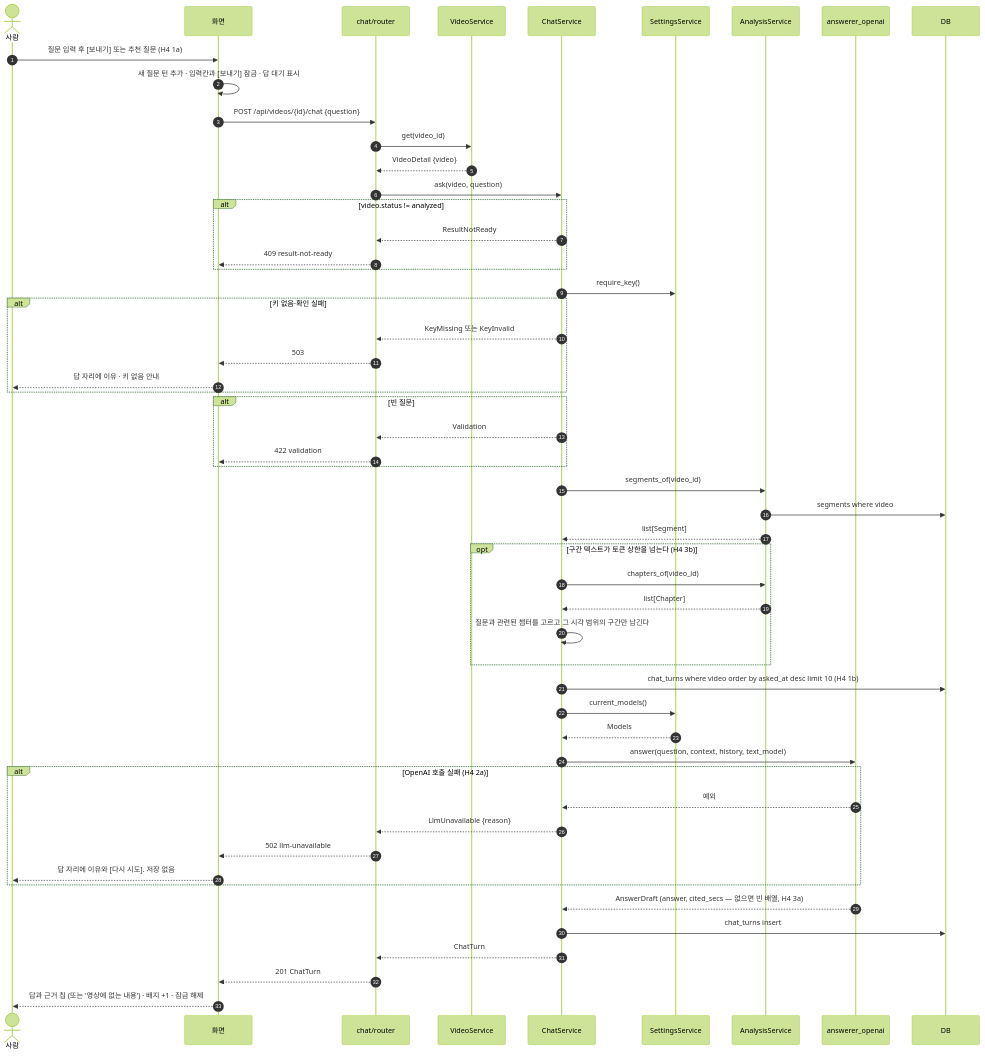
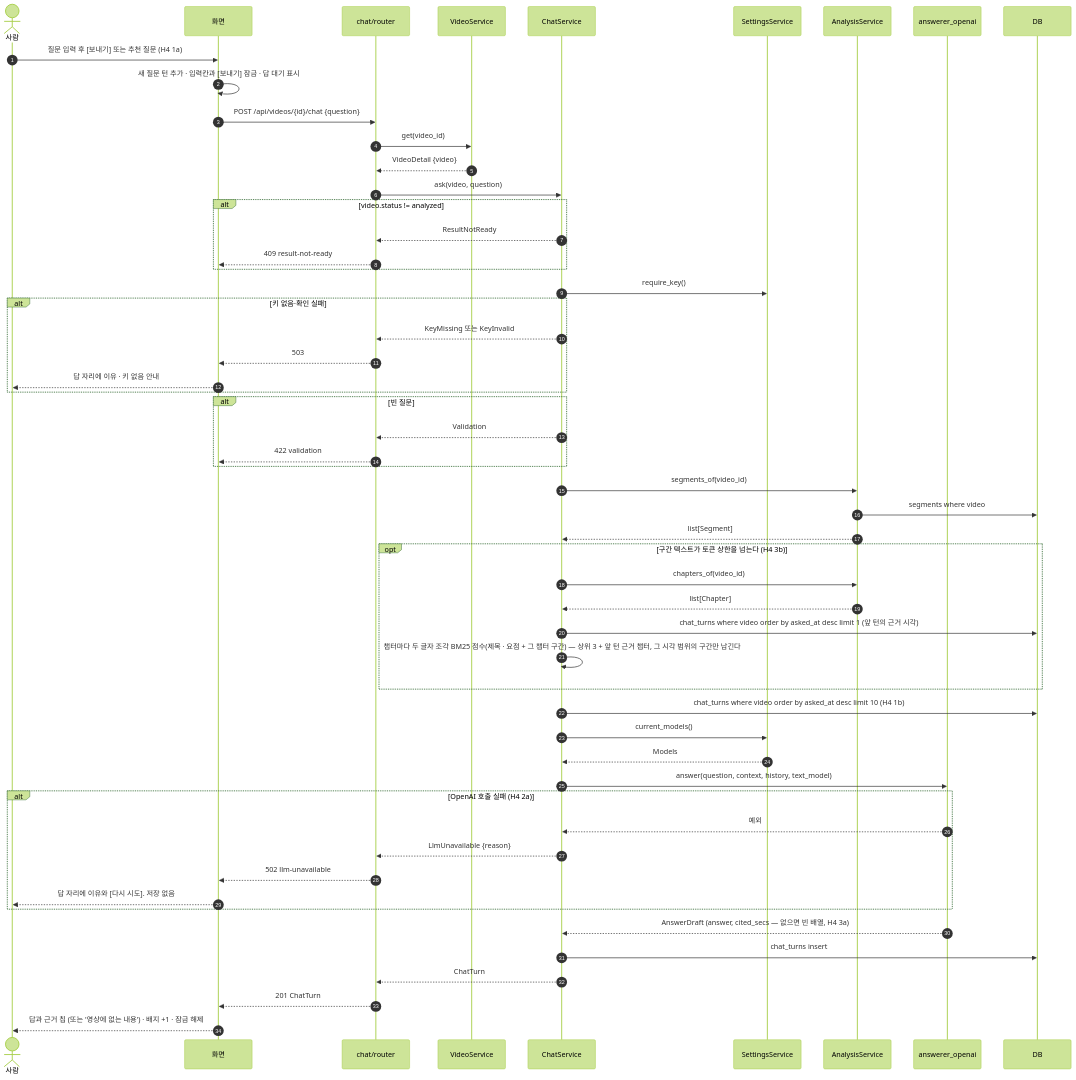
One commit to HoyoungParkme/video-agent changed the ninth of 19 diagrams in docs/specs/09-SEQ/VA-SEQ-001.md. Above: the diagram before and after it, drawn with Mermaid (forest theme). The commit also changed other lines of this file, not shown here.

````diff
--- a/docs/specs/09-SEQ/VA-SEQ-001.md
+++ b/docs/specs/09-SEQ/VA-SEQ-001.md
@@ -643,57 +649,58 @@
 ```mermaid
 sequenceDiagram
     autonumber
     actor U as 사람
     participant W as 화면
     participant RC as chat/router
     participant VS as VideoService
     participant CS as ChatService
     participant SS as SettingsService
     participant AS as AnalysisService
     participant AN as answerer_openai
     participant DB
 
     U->>W: 질문 입력 후 [보내기] 또는 추천 질문 (H4 1a)
     W->>W: 새 질문 턴 추가 · 입력칸과 [보내기] 잠금 · 답 대기 표시
     W->>RC: POST /api/videos/{id}/chat {question}
     RC->>VS: get(video_id)
     VS-->>RC: VideoDetail {video}
     RC->>CS: ask(video, question)
     alt video.status != analyzed
         CS-->>RC: ResultNotReady
         RC-->>W: 409 result-not-ready
     end
     CS->>SS: require_key()
     alt 키 없음·확인 실패
         CS-->>RC: KeyMissing 또는 KeyInvalid
         RC-->>W: 503
         W-->>U: 답 자리에 이유 · 키 없음 안내
     end
     alt 빈 질문
         CS-->>RC: Validation
         RC-->>W: 422 validation
     end
     CS->>AS: segments_of(video_id)
     AS->>DB: segments where video
     AS-->>CS: list[Segment]
     opt 구간 텍스트가 토큰 상한을 넘는다 (H4 3b)
         CS->>AS: chapters_of(video_id)
         AS-->>CS: list[Chapter]
-        CS->>CS: 질문과 관련된 챕터를 고르고 그 시각 범위의 구간만 남긴다
+        CS->>DB: chat_turns where video order by asked_at desc limit 1 (앞 턴의 근거 시각)
+        CS->>CS: 챕터마다 두 글자 조각 BM25 점수(제목 · 요점 + 그 챕터 구간) — 상위 3 + 앞 턴 근거 챕터, 그 시각 범위의 구간만 남긴다
     end
     CS->>DB: chat_turns where video order by asked_at desc limit 10 (H4 1b)
     CS->>SS: current_models()
     SS-->>CS: Models
     CS->>AN: answer(question, context, history, text_model)
     alt OpenAI 호출 실패 (H4 2a)
         AN-->>CS: 예외
         CS-->>RC: LlmUnavailable {reason}
         RC-->>W: 502 llm-unavailable
         W-->>U: 답 자리에 이유와 [다시 시도]. 저장 없음
     end
     AN-->>CS: AnswerDraft (answer, cited_secs — 없으면 빈 배열, H4 3a)
     CS->>DB: chat_turns insert
     CS-->>RC: ChatTurn
     RC-->>W: 201 ChatTurn
     W-->>U: 답과 근거 칩 (또는 '영상에 없는 내용') · 배지 +1 · 잠금 해제
 ```
````
